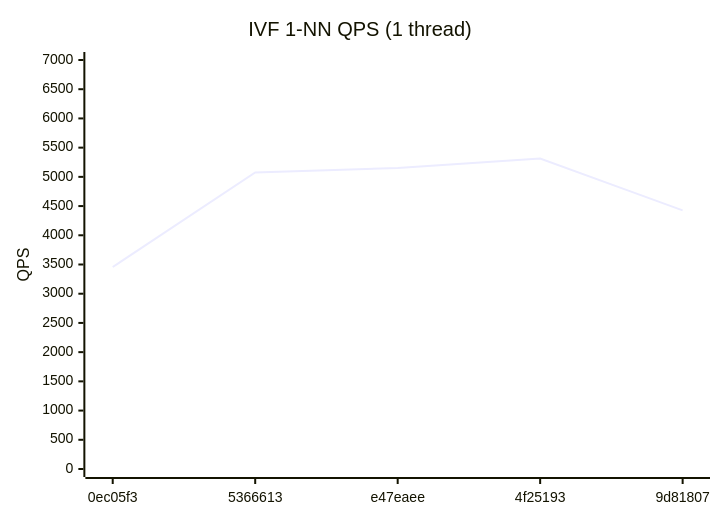
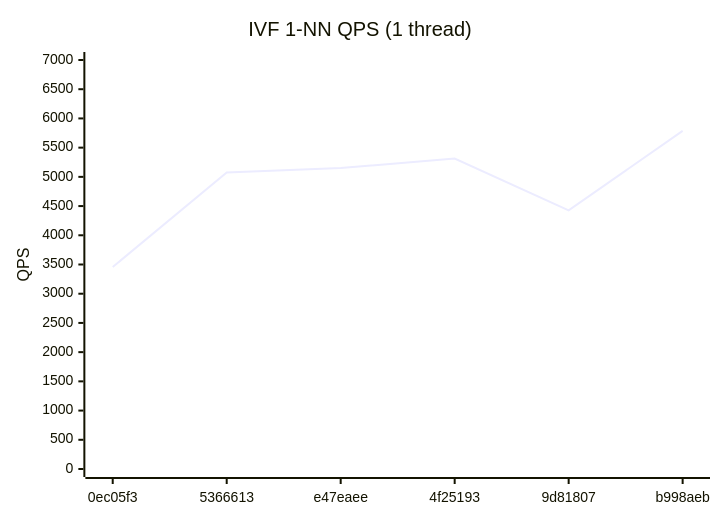
One commit to bibidhSubedi0/RedBoxDb changed the third of 4 diagrams in benchmarks/REPORT.md. Above: the diagram before and after it, drawn with Mermaid. The commit also changed other lines of this file and 1 other file, not shown here.

Commit message:
bench: update performance report [b998aeb] [skip ci]

````diff
--- a/benchmarks/REPORT.md
+++ b/benchmarks/REPORT.md
@@ -39,7 +39,7 @@
 ```mermaid
 xychart-beta
   title "IVF 1-NN QPS (1 thread)"
-  x-axis ["0ec05f3", "5366613", "e47eaee", "4f25193", "9d81807"]
+  x-axis ["0ec05f3", "5366613", "e47eaee", "4f25193", "9d81807", "b998aeb"]
   y-axis "QPS" 0 --> 7000
-  line [3457, 5074, 5151, 5312, 4427]
+  line [3457, 5074, 5151, 5312, 4427, 5786]
 ```
````
